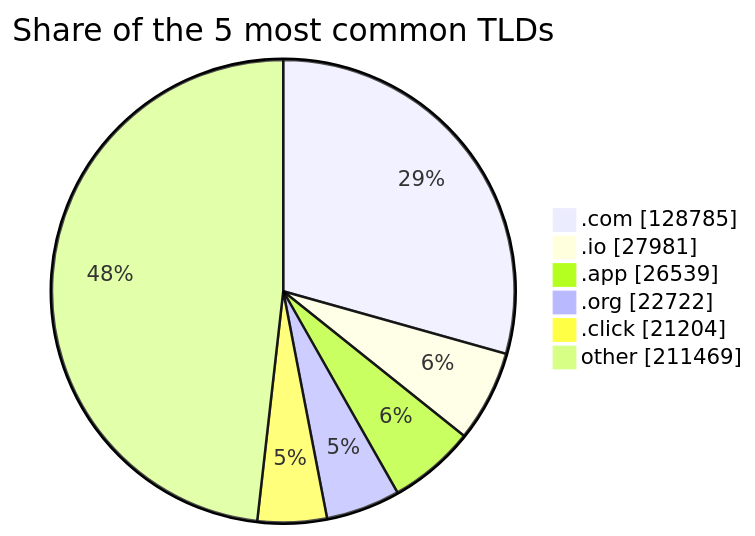
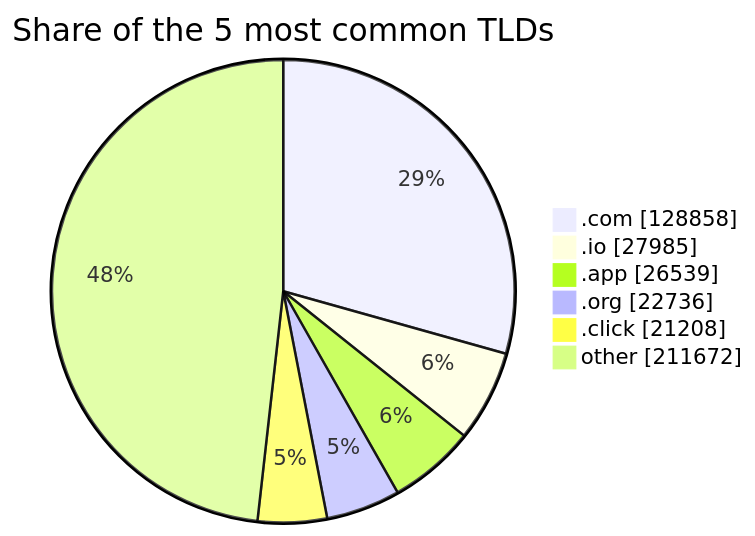
One commit to DNSBunker/CTI changed the third of 3 diagrams in README.md. Above: the diagram before and after it, drawn with Mermaid. The commit also changed other lines of this file and 3 other files, not shown here.

````diff
--- a/README.md
+++ b/README.md
@@ -81,9 +81,9 @@
 ```mermaid
 pie showData title Share of the 5 most common TLDs
-    ".com" : 128785
-    ".io" : 27981
+    ".com" : 128858
+    ".io" : 27985
     ".app" : 26539
-    ".org" : 22722
-    ".click" : 21204
-    "other" : 211469
+    ".org" : 22736
+    ".click" : 21208
+    "other" : 211672
 ```
````
